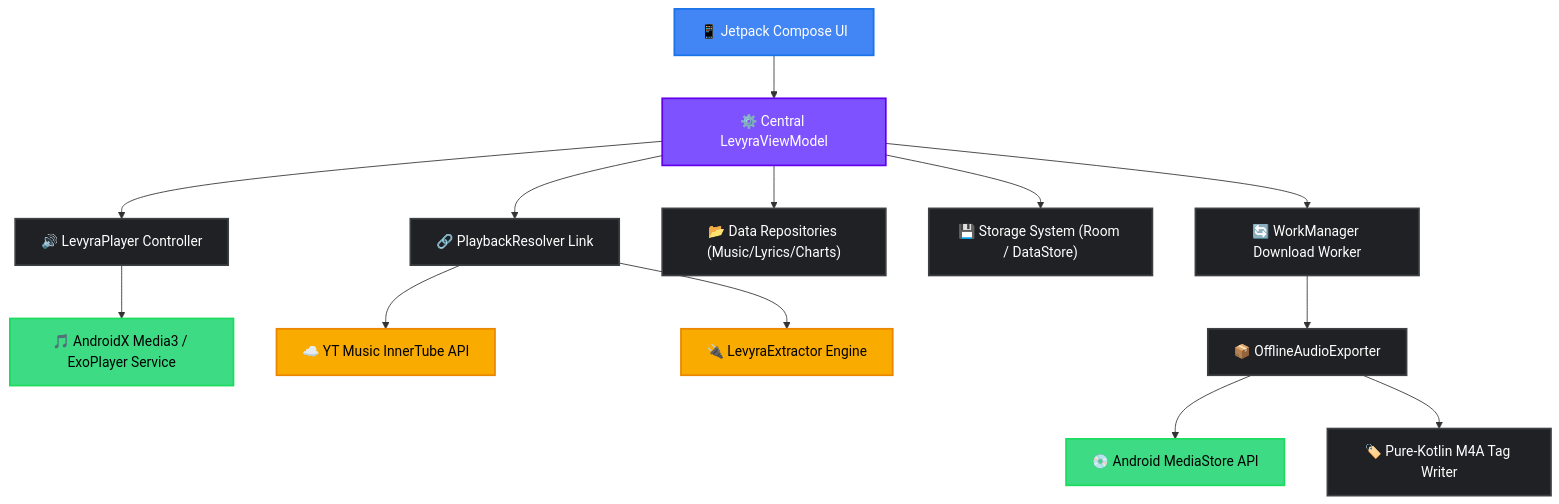
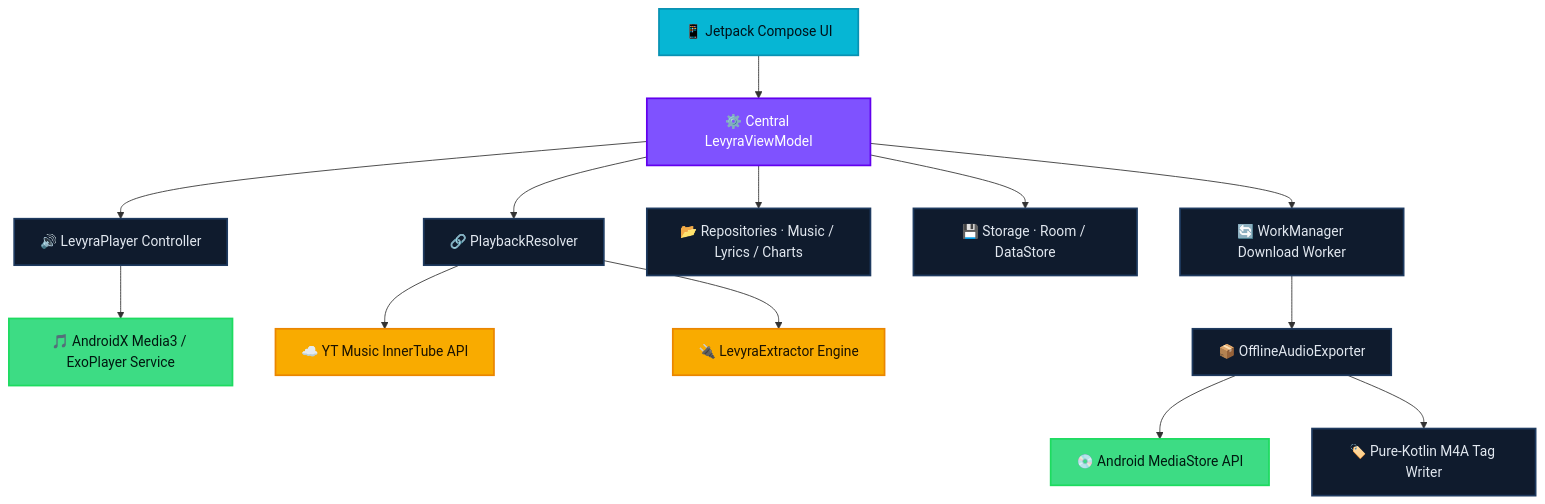
The diagram in README.md (LUC4N3X/Levyra-deepsound), drawn with Mermaid before and after one commit. The commit also changed other lines of this file, not shown here.

````diff
--- a/README.md
+++ b/README.md
@@ -130,26 +138,25 @@
 ```mermaid
 graph TD
-    %% Custom Styling Theme
-    classDef ui fill:#4285F4,stroke:#1A73E8,stroke-width:2px,color:#fff;
+    classDef ui fill:#06B6D4,stroke:#0891B2,stroke-width:2px,color:#001018;
     classDef vm fill:#7F52FF,stroke:#6200EE,stroke-width:2px,color:#fff;
-    classDef core fill:#202124,stroke:#3C4043,stroke-width:2px,color:#fff;
-    classDef engine fill:#3DDC84,stroke:#1DDB60,stroke-width:2px,color:#000;
-    classDef ext fill:#F9AB00,stroke:#EA8600,stroke-width:2px,color:#000;
+    classDef core fill:#0F1B2D,stroke:#1E3A5F,stroke-width:2px,color:#E2E8F0;
+    classDef engine fill:#3DDC84,stroke:#1DDB60,stroke-width:2px,color:#001810;
+    classDef ext fill:#F9AB00,stroke:#EA8600,stroke-width:2px,color:#1A1200;
 
     UI["📱 Jetpack Compose UI"]:::ui --> VM["⚙️ Central LevyraViewModel"]:::vm
-    
+
     VM --> Player["🔊 LevyraPlayer Controller"]:::core
-    VM --> Resolver["🔗 PlaybackResolver Link"]:::core
-    VM --> Repos["📂 Data Repositories (Music/Lyrics/Charts)"]:::core
-    VM --> Store["💾 Storage System (Room / DataStore)"]:::core
+    VM --> Resolver["🔗 PlaybackResolver"]:::core
+    VM --> Repos["📂 Repositories · Music / Lyrics / Charts"]:::core
+    VM --> Store["💾 Storage · Room / DataStore"]:::core
     VM --> Work["🔄 WorkManager Download Worker"]:::core
-    
+
     Player --> Media3["🎵 AndroidX Media3 / ExoPlayer Service"]:::engine
-    
+
     Resolver --> InnerTube["☁️ YT Music InnerTube API"]:::ext
     Resolver --> Extractor["🔌 LevyraExtractor Engine"]:::ext
-    
+
     Work --> Exporter["📦 OfflineAudioExporter"]:::core
     Exporter --> MediaStore["💿 Android MediaStore API"]:::engine
     Exporter --> Tagger["🏷️ Pure-Kotlin M4A Tag Writer"]:::core
 ```
````
